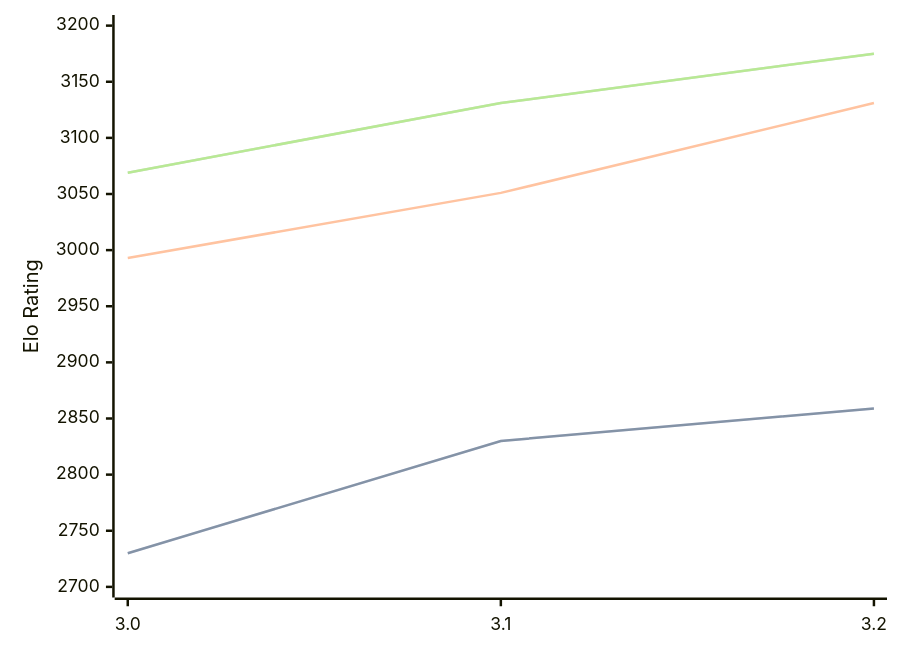
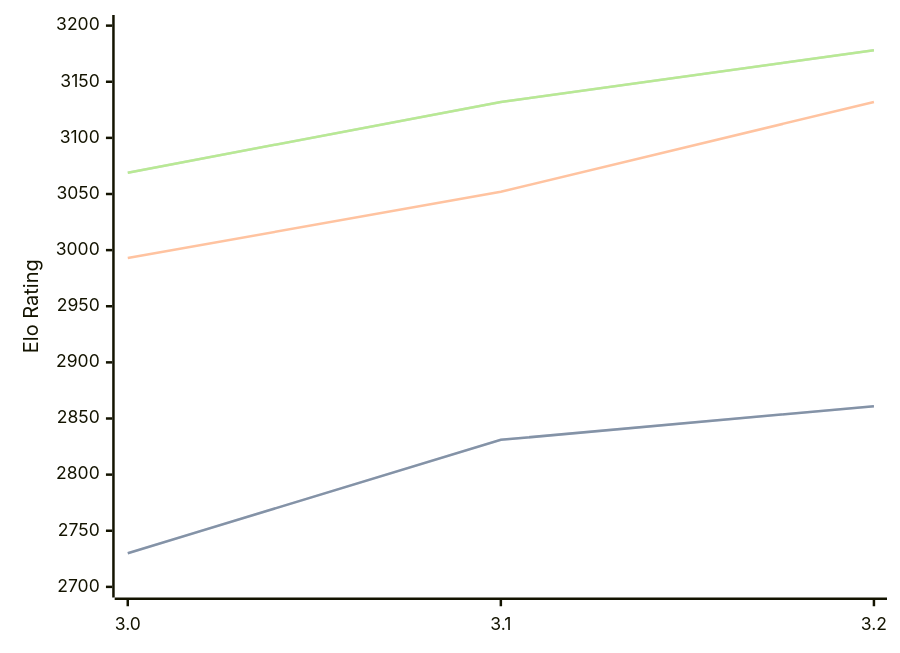
The diagram in engines/Vajolet2.md (computer-chess-index/cci), drawn with Mermaid before and after one commit. The commit also changed other lines of this file, not shown here.

Commit message:
Update CCI Ratings (ELO VLTC) - 2026-09-08

````diff
--- a/engines/Vajolet2.md
+++ b/engines/Vajolet2.md
@@ -33,11 +33,11 @@
 ```mermaid
 %%{init: {"theme":"base","themeVariables":{"seriesColors:['#a3a3a3','#222221','#faa371']}}}%%
 xychart-beta
   x-axis ["3.0", "3.1", "3.2"]
   y-axis "Elo Rating" 2700 --> 3200
-  line "" [2730, 2830, 2859]
-  line "STC (8.0+0.08s)" [2730, 2830, 2859]
-  line "LTC (60.0+0.60s)" [2993, 3051, 3131]
-  line "" [3069, 3131, 3175]
-  line "VLTC (2m24s+1.12s)" [3069, 3131, 3175]
+  line "" [2730, 2831, 2861]
+  line "STC (8.0+0.08s)" [2730, 2831, 2861]
+  line "LTC (60.0+0.60s)" [2993, 3052, 3132]
+  line "" [3069, 3132, 3178]
+  line "VLTC (2m24s+1.12s)" [3069, 3132, 3178]
 ```
````
